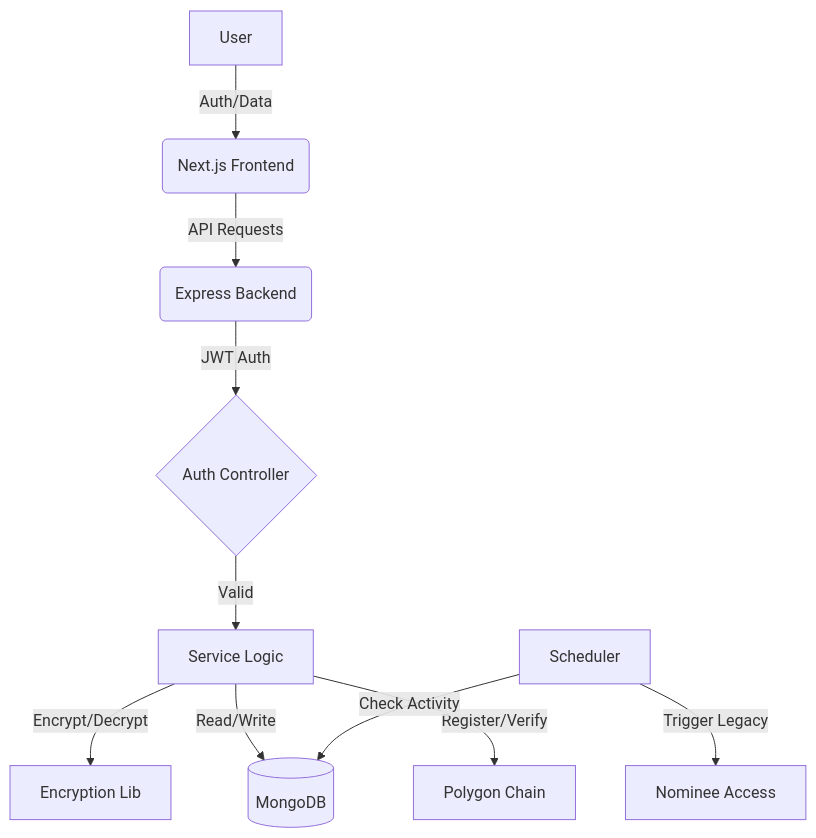
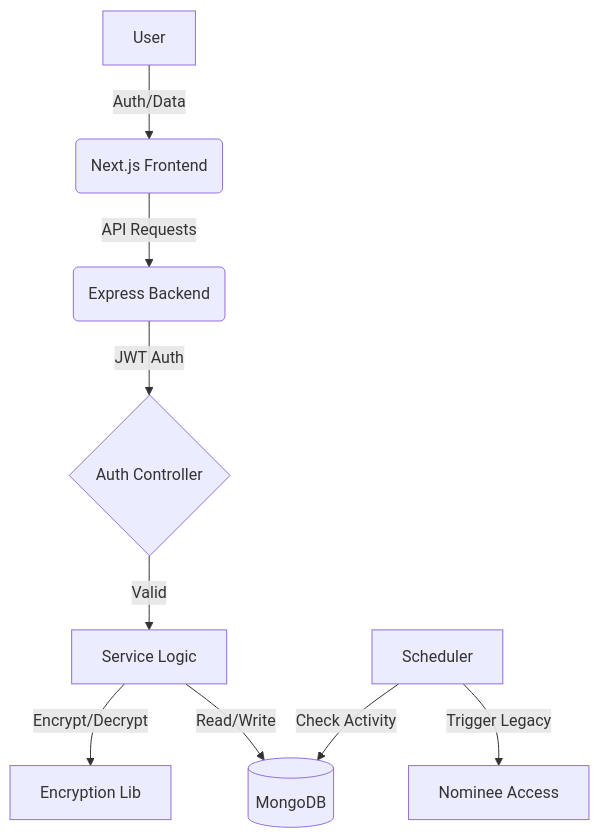
The diagram in docs/Architecture.md (Shivrajambhore01/Secure_Vault), drawn with Mermaid before and after one commit. The commit also changed other lines of this file and 172 other files, not shown here.

````diff
--- a/docs/Architecture.md
+++ b/docs/Architecture.md
@@ -47,12 +60,11 @@
 ```mermaid
 graph TD
     A[User] -->|Auth/Data| B(Next.js Frontend)
     B -->|API Requests| C(Express Backend)
     C -->|JWT Auth| D{Auth Controller}
     D -->|Valid| E[Service Logic]
     E -->|Encrypt/Decrypt| F[Encryption Lib]
     E -->|Read/Write| G[(MongoDB)]
-    E -->|Register/Verify| J[Polygon Chain]
     H[Scheduler] -->|Check Activity| G
     H -->|Trigger Legacy| I[Nominee Access]
 ```
````
